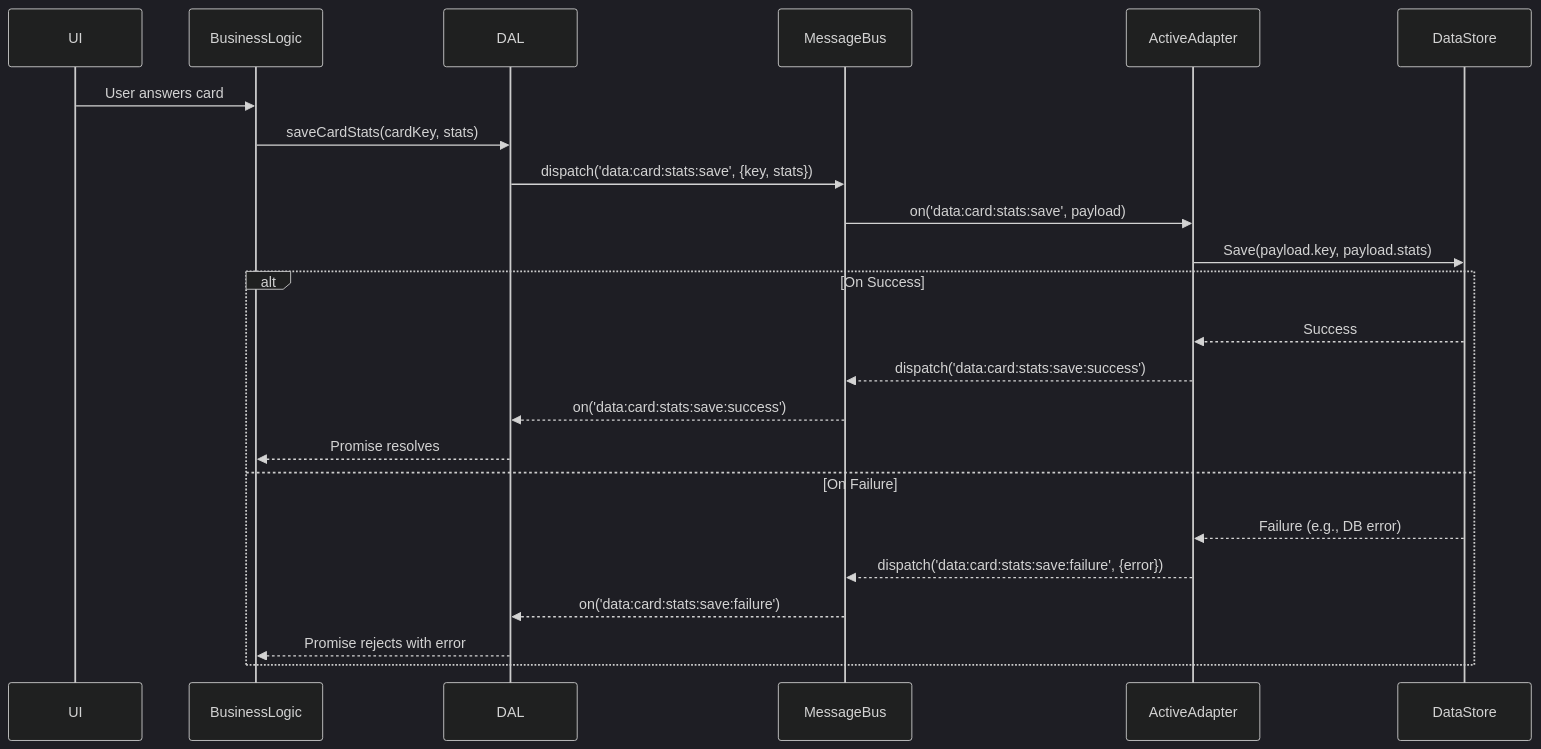
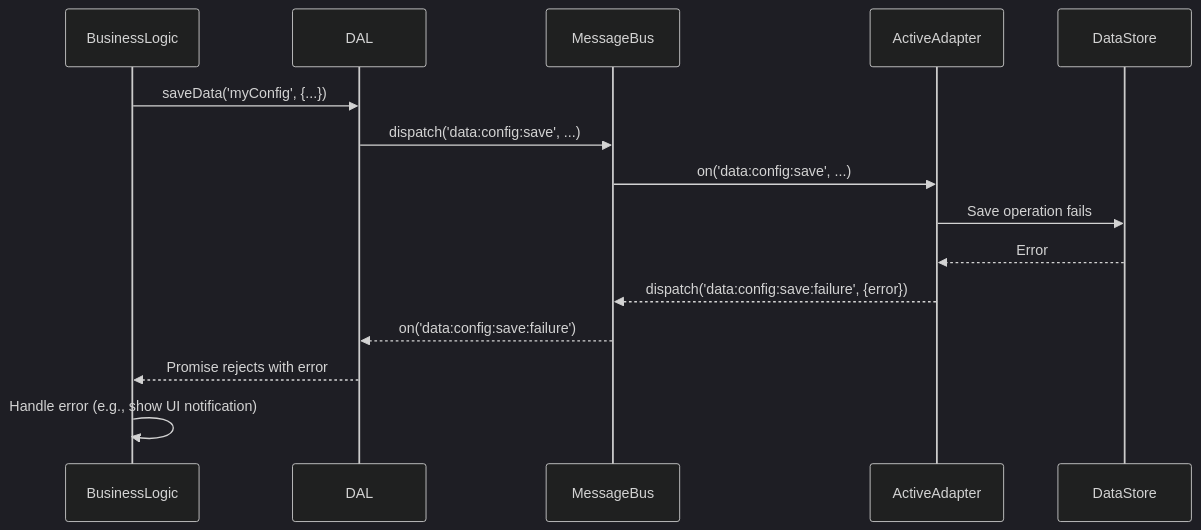
Before and after one commit to rngadam/flashcards: the second of 2 diagrams in DESIGN.md, drawn with Mermaid (dark theme). The commit also changed other lines of this file, not shown here.

First line of the commit message:
docs: Finalize isomorphic architecture design

````diff
--- a/DESIGN.md
+++ b/DESIGN.md
@@ -84,26 +104,18 @@
 ```mermaid
 sequenceDiagram
-    participant UI
     participant BusinessLogic
     participant DAL
     participant MessageBus
     participant ActiveAdapter
     participant DataStore
 
-    UI->>BusinessLogic: User answers card
-    BusinessLogic->>DAL: saveCardStats(cardKey, stats)
-    DAL->>MessageBus: dispatch('data:card:stats:save', {key, stats})
-    MessageBus->>ActiveAdapter: on('data:card:stats:save', payload)
-    ActiveAdapter->>DataStore: Save(payload.key, payload.stats)
-    alt On Success
-        DataStore-->>ActiveAdapter: Success
-        ActiveAdapter-->>MessageBus: dispatch('data:card:stats:save:success')
-        MessageBus-->>DAL: on('data:card:stats:save:success')
-        DAL-->>BusinessLogic: Promise resolves
-    else On Failure
-        DataStore-->>ActiveAdapter: Failure (e.g., DB error)
-        ActiveAdapter-->>MessageBus: dispatch('data:card:stats:save:failure', {error})
-        MessageBus-->>DAL: on('data:card:stats:save:failure')
-        DAL-->>BusinessLogic: Promise rejects with error
-    end
+    BusinessLogic->>DAL: saveData('myConfig', {...})
+    DAL->>MessageBus: dispatch('data:config:save', ...)
+    MessageBus->>ActiveAdapter: on('data:config:save', ...)
+    ActiveAdapter->>DataStore: Save operation fails
+    DataStore-->>ActiveAdapter: Error
+    ActiveAdapter-->>MessageBus: dispatch('data:config:save:failure', {error})
+    MessageBus-->>DAL: on('data:config:save:failure')
+    DAL-->>BusinessLogic: Promise rejects with error
+    BusinessLogic->>BusinessLogic: Handle error (e.g., show UI notification)
 ```
````
